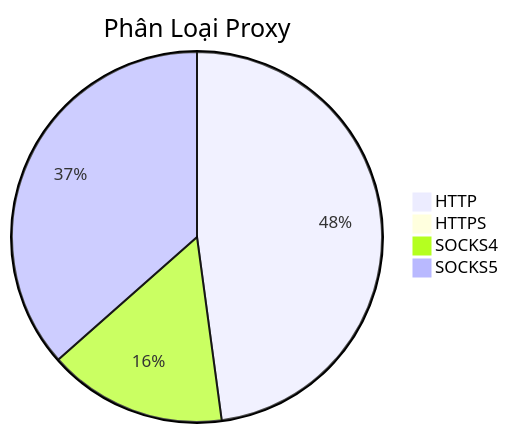
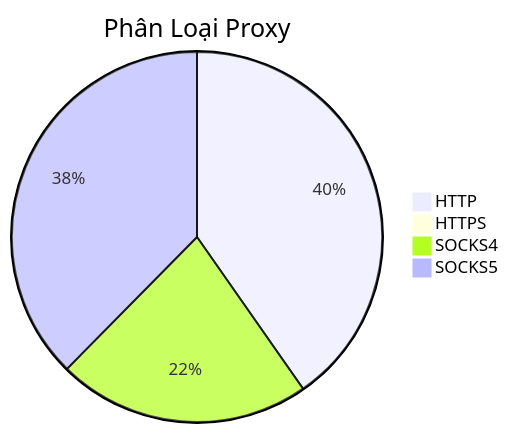
One commit to Ciara-12/PROXY-free changed the diagram in README.md. Above: the diagram before and after it, drawn with Mermaid. The commit also changed other lines of this file and 4 other files, not shown here.

````diff
--- a/README.md
+++ b/README.md
@@ -26,7 +26,7 @@
 ```mermaid
 pie title Phân Loại Proxy
-    "HTTP" : 886
-    "HTTPS" : 1
+    "HTTP" : 527
+    "HTTPS" : 0
     "SOCKS4" : 289
-    "SOCKS5" : 676
+    "SOCKS5" : 492
 ```
````
